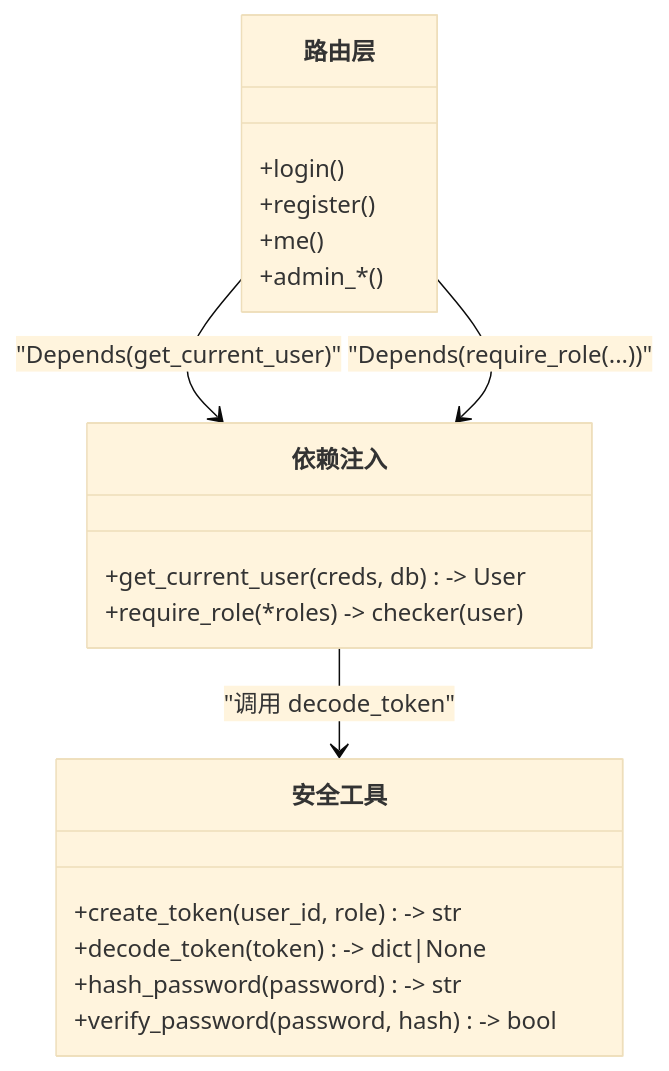
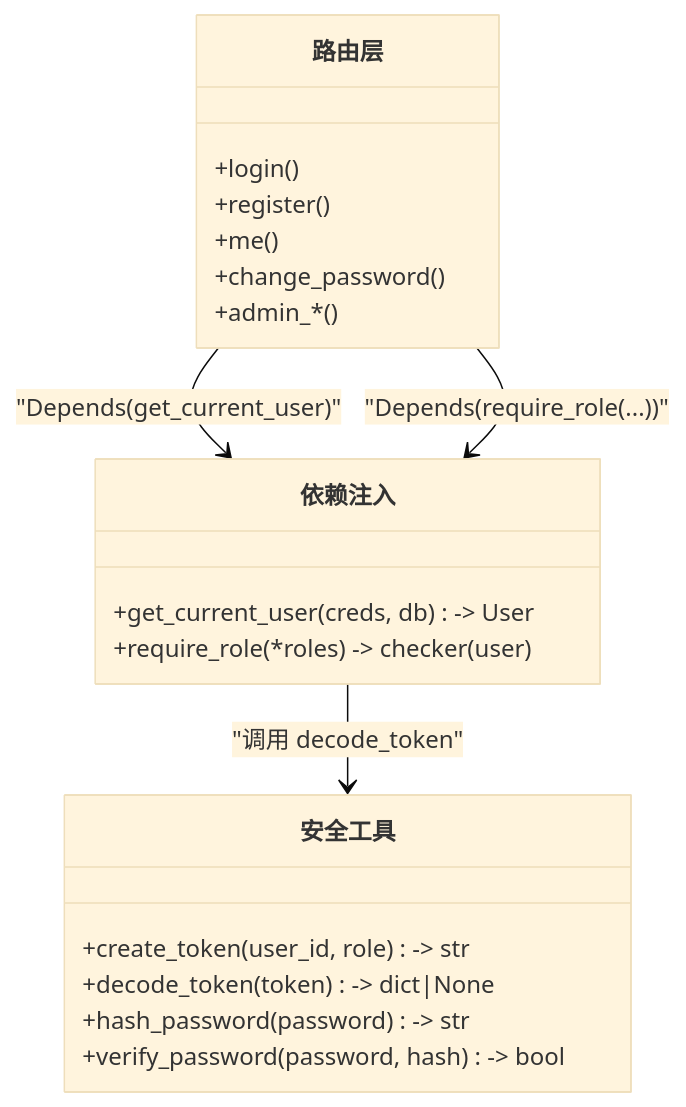
One commit to onebody/homework changed the fourth of 7 diagrams in .qoder/repowiki/zh/content/暑假作业打卡系统/后端服务架构/安全认证机制.md. Above: the diagram before and after it, drawn with Mermaid (base theme). The commit also changed other lines of this file and 20 other files, not shown here.

````diff
--- a/.qoder/repowiki/zh/content/暑假作业打卡系统/后端服务架构/安全认证机制.md
+++ b/.qoder/repowiki/zh/content/暑假作业打卡系统/后端服务架构/安全认证机制.md
@@ -190,22 +217,23 @@
 ```mermaid
 classDiagram
 class 依赖注入 {
 +get_current_user(creds, db) -> User
 +require_role(*roles) -> checker(user)
 }
 class 安全工具 {
 +create_token(user_id, role) -> str
 +decode_token(token) -> dict|None
 +hash_password(password) -> str
 +verify_password(password, hash) -> bool
 }
 class 路由层 {
 +login()
 +register()
 +me()
++change_password()
 +admin_*()
 }
 依赖注入 --> 安全工具 : "调用 decode_token"
 路由层 --> 依赖注入 : "Depends(get_current_user)"
 路由层 --> 依赖注入 : "Depends(require_role(...))"
 ```
````
